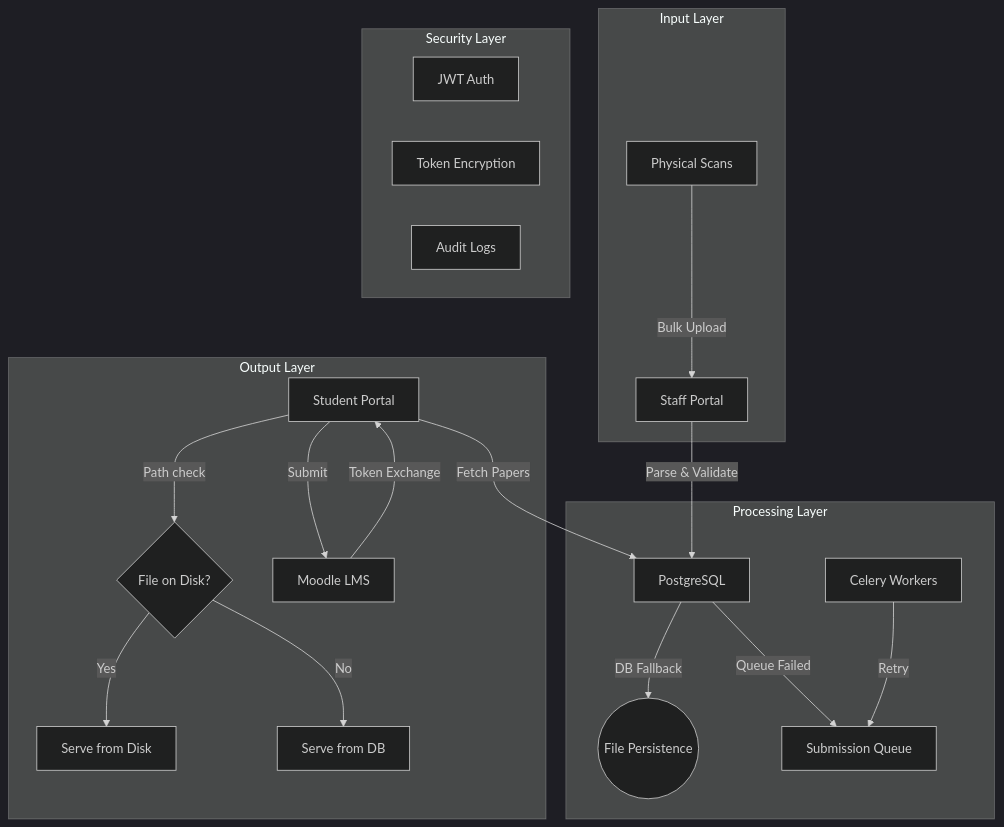
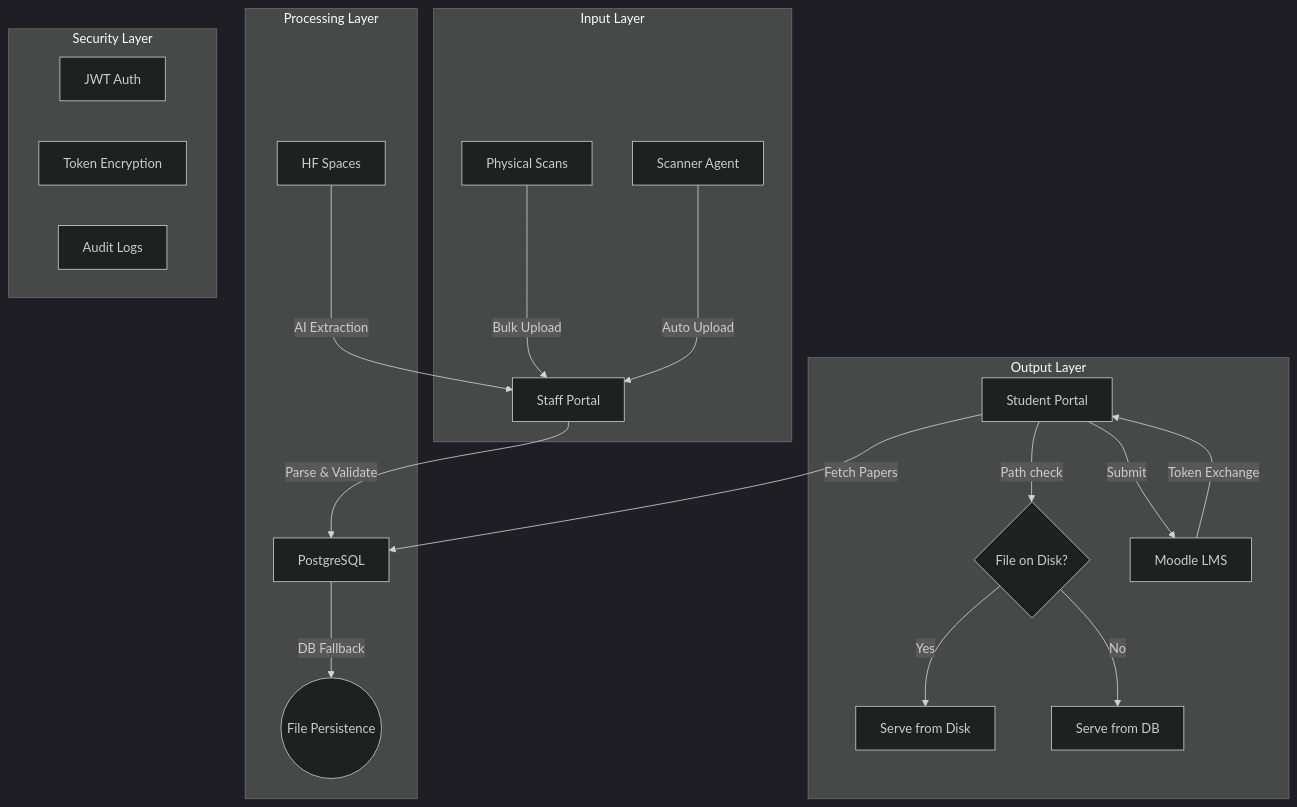
Before and after one commit to d-kavinraja/Intelligent-Examination-Submission-Framework-for-LMS: the first of 3 diagrams in readme.md, drawn with Mermaid (dark theme). The commit also changed other lines of this file and 1 other file, not shown here.

Commit message:
fix: remove undefined get_file_processor() call in bulk upload

````diff
--- a/readme.md
+++ b/readme.md
@@ -164,28 +167,28 @@
 ```mermaid
 graph TB
     subgraph "Input Layer"
         A[Physical Scans] -->|Bulk Upload| B[Staff Portal]
+        S[Scanner Agent] -->|Auto Upload| B
     end
     
     subgraph "Processing Layer"
         B -->|Parse & Validate| C[PostgreSQL]
         C -->|DB Fallback| K((File Persistence))
-        C -->|Queue Failed| D[Submission Queue]
-        E[Celery Workers] -->|Retry| D
+        H2[HF Spaces] -->|AI Extraction| B
     end
     
     subgraph "Output Layer"
         F[Student Portal] -->|Path check| L{File on Disk?}
         L -->|Yes| M[Serve from Disk]
         L -->|No| N[Serve from DB]
         F -->|Fetch Papers| C
         F -->|Submit| G[Moodle LMS]
         G -->|Token Exchange| F
     end
     
     subgraph "Security Layer"
         H[JWT Auth]
         I[Token Encryption]
         J[Audit Logs]
     end
 ```
````
